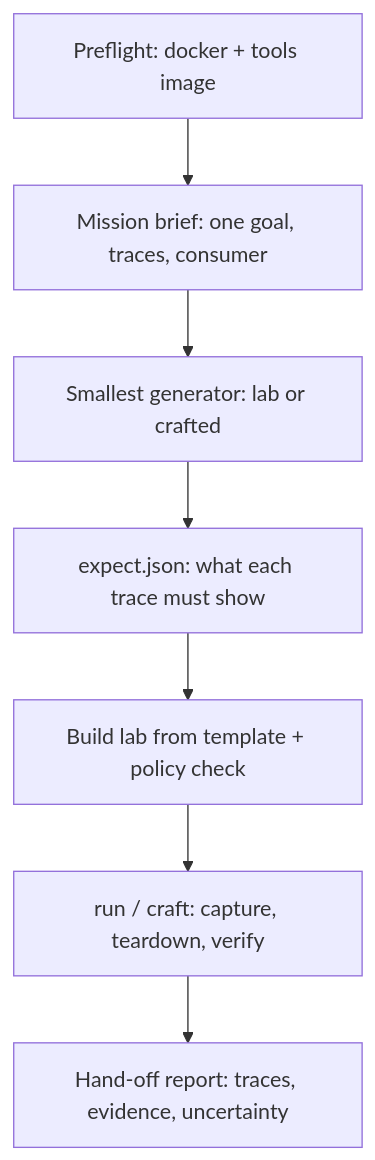
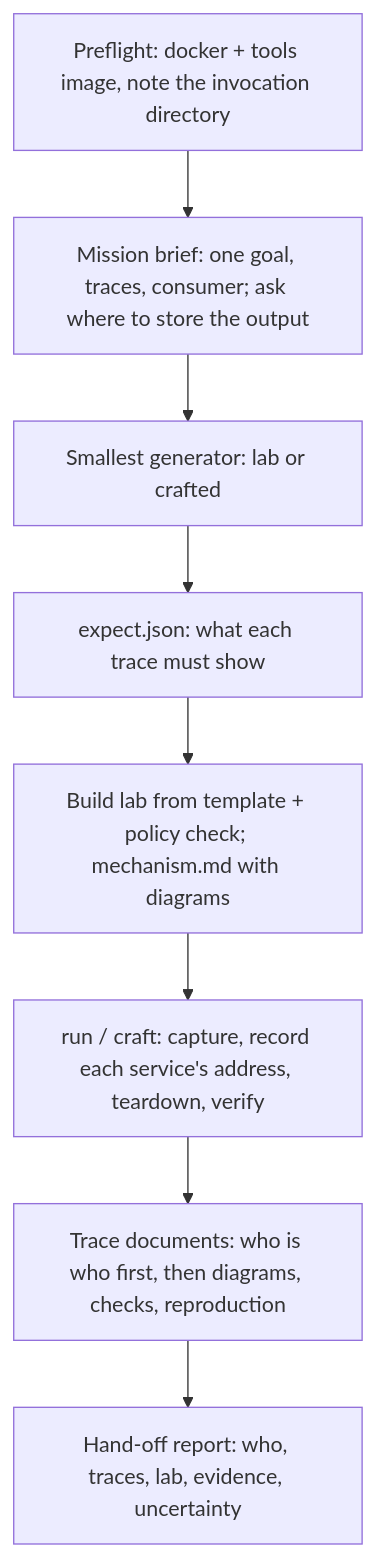
Before and after one commit to montimage-projects/cyberlab: the first of 3 diagrams in README.md, drawn with Mermaid. The commit also changed other lines of this file and 15 other files, not shown here.

First line of the commit message:
feat(cyberlab): ask where to store output, Mermaid diagrams, who is who first (#13)

````diff
--- a/README.md
+++ b/README.md
@@ -68,9 +68,10 @@
 ```mermaid
 graph TD
-    A["Preflight: docker + tools image"] --> B["Mission brief: one goal, traces, consumer"]
+    A["Preflight: docker + tools image, note the invocation directory"] --> B["Mission brief: one goal, traces, consumer; ask where to store the output"]
     B --> C["Smallest generator: lab or crafted"]
     C --> D["expect.json: what each trace must show"]
-    D --> E["Build lab from template + policy check"]
-    E --> F["run / craft: capture, teardown, verify"]
-    F --> G["Hand-off report: traces, evidence, uncertainty"]
+    D --> E["Build lab from template + policy check; mechanism.md with diagrams"]
+    E --> F["run / craft: capture, record each service's address, teardown, verify"]
+    F --> G["Trace documents: who is who first, then diagrams, checks, reproduction"]
+    G --> H["Hand-off report: who, traces, lab, evidence, uncertainty"]
 ```
````
